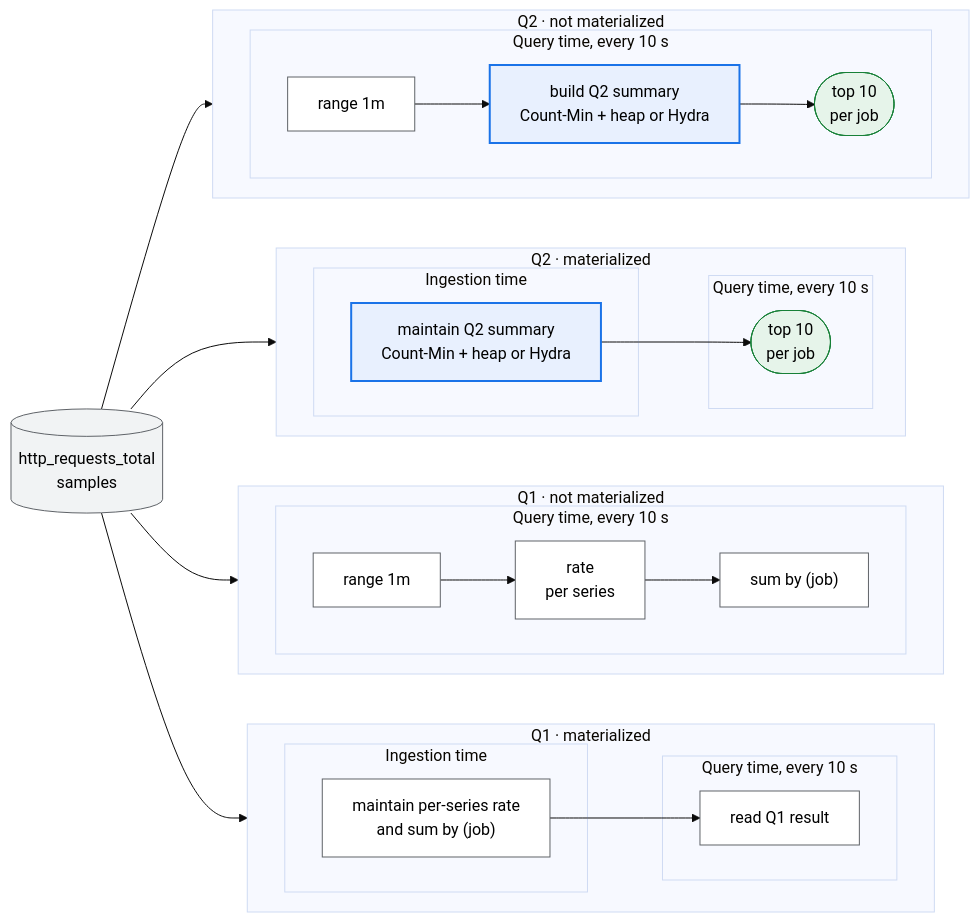
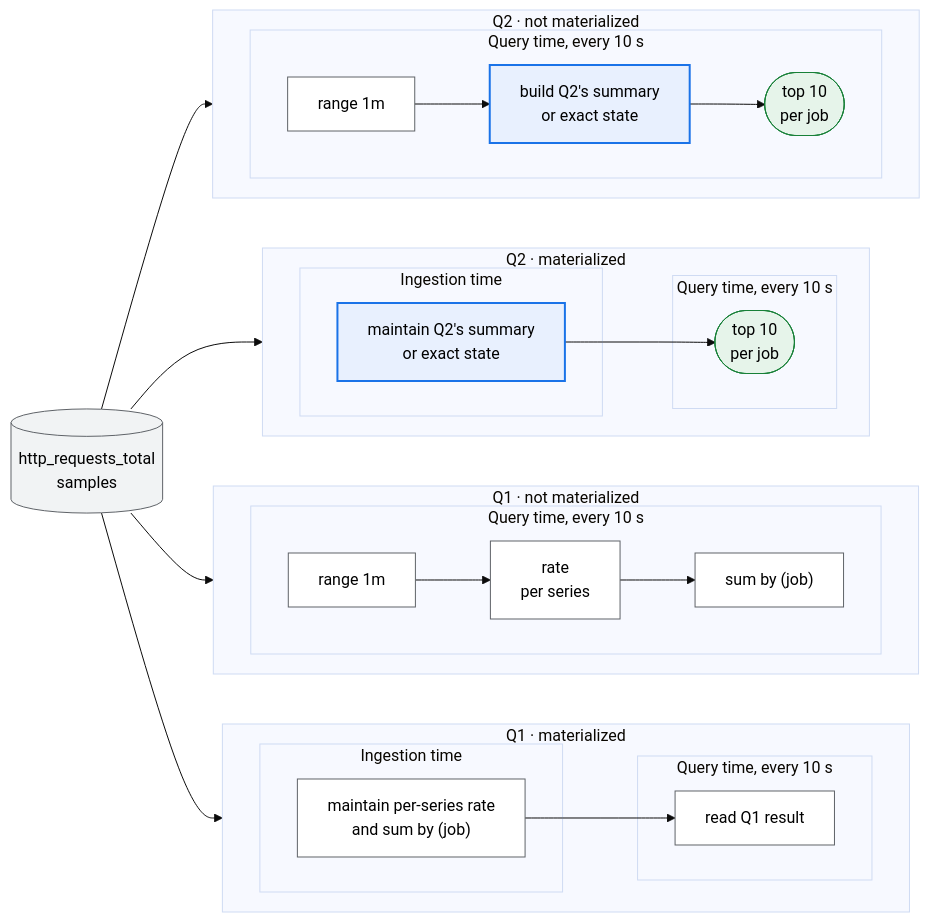
Before and after one commit to ProjectASAP/ASAPPlanner: the fifth of 11 diagrams in docs/design_docs/proposals/planner-layering.md, drawn with Mermaid (base theme). The commit also changed other lines of this file, not shown here.

````diff
--- a/docs/design_docs/proposals/planner-layering.md
+++ b/docs/design_docs/proposals/planner-layering.md
@@ -458,49 +482,49 @@
 ```mermaid
 flowchart LR
   in[("http_requests_total<br/>samples")]:::data
 
   subgraph Q1M["Q1 · materialized"]
     direction LR
     subgraph Q1MI["Ingestion time"]
       m1["maintain per-series rate<br/>and sum by (job)"]:::exact
     end
     subgraph Q1MQ["Query time, every 10 s"]
       m1r["read Q1 result"]:::exact
     end
     m1 --> m1r
   end
 
   subgraph Q1N["Q1 · not materialized"]
     direction LR
     subgraph Q1NQ["Query time, every 10 s"]
       n1a["range 1m"]:::exact --> n1b["rate<br/>per series"]:::exact --> n1c["sum by (job)"]:::exact
     end
   end
 
   subgraph Q2M["Q2 · materialized"]
     direction LR
     subgraph Q2MI["Ingestion time"]
-      m2["maintain Q2 summary<br/>Count-Min + heap or Hydra"]:::summary
+      m2["maintain Q2's summary<br/>or exact state"]:::summary
     end
     subgraph Q2MQ["Query time, every 10 s"]
       m2e(["top 10<br/>per job"]):::estimate
     end
     m2 --> m2e
   end
 
   subgraph Q2N["Q2 · not materialized"]
     direction LR
     subgraph Q2NQ["Query time, every 10 s"]
-      n2a["range 1m"]:::exact --> n2b["build Q2 summary<br/>Count-Min + heap or Hydra"]:::summary --> n2c(["top 10<br/>per job"]):::estimate
+      n2a["range 1m"]:::exact --> n2b["build Q2's summary<br/>or exact state"]:::summary --> n2c(["top 10<br/>per job"]):::estimate
     end
   end
 
   in --> m1
   in --> n1a
   in --> m2
   in --> n2a
   classDef data fill:#f1f3f4,stroke:#5f6368,color:#000;
   classDef exact fill:#fff,stroke:#5f6368,color:#000;
   classDef summary fill:#e8f0fe,stroke:#1a73e8,stroke-width:2px,color:#000;
   classDef estimate fill:#e6f4ea,stroke:#188038,color:#000;
 ```
````
